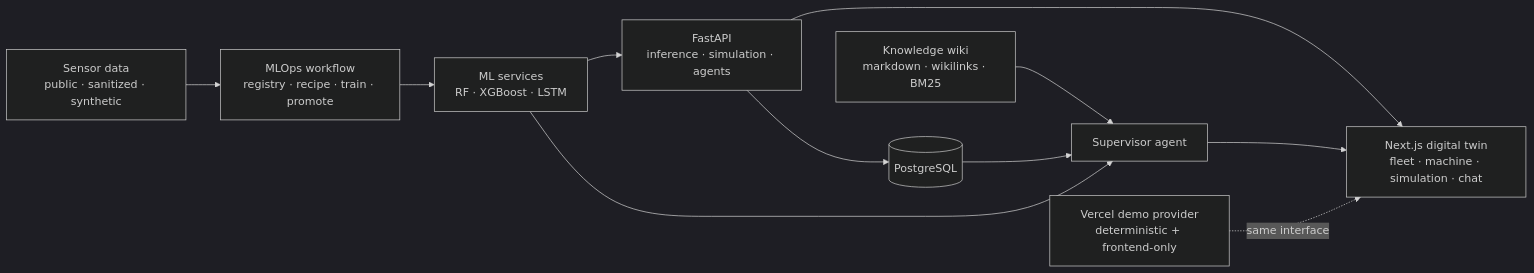
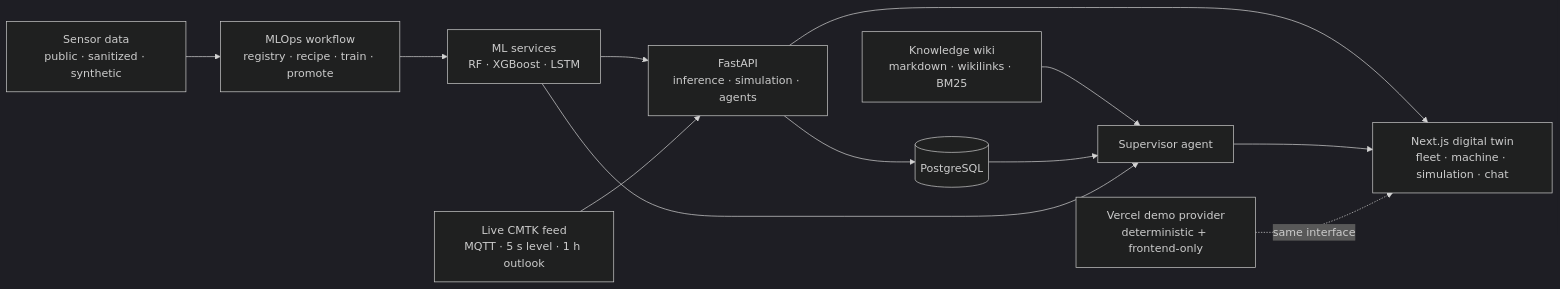
Before and after one commit to NathanVuSwinburne/predictive-maintenance-digital-twin-demo: the diagram in README.md, drawn with Mermaid (dark theme). The commit also changed other lines of this file and 6 other files, not shown here.

````diff
--- a/README.md
+++ b/README.md
@@ -435,13 +454,14 @@
 ```mermaid
 flowchart LR
     Sensors["Sensor data<br/>public · sanitized · synthetic"] --> MLOps["MLOps workflow<br/>registry · recipe · train · promote"]
     MLOps --> Models["ML services<br/>RF · XGBoost · LSTM"]
     Models --> API["FastAPI<br/>inference · simulation · agents"]
     API --> DB[(PostgreSQL)]
     API --> UI["Next.js digital twin<br/>fleet · machine · simulation · chat"]
+    Live["Live CMTK feed<br/>MQTT · 5 s level · 1 h outlook"] --> API
     Wiki["Knowledge wiki<br/>markdown · wikilinks · BM25"] --> Agent["Supervisor agent"]
     DB --> Agent
     Models --> Agent
     Agent --> UI
     Demo["Vercel demo provider<br/>deterministic + frontend-only"] -. same interface .-> UI
 ```
````
